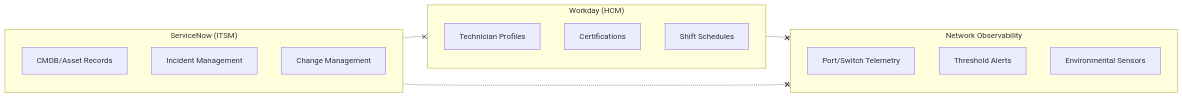
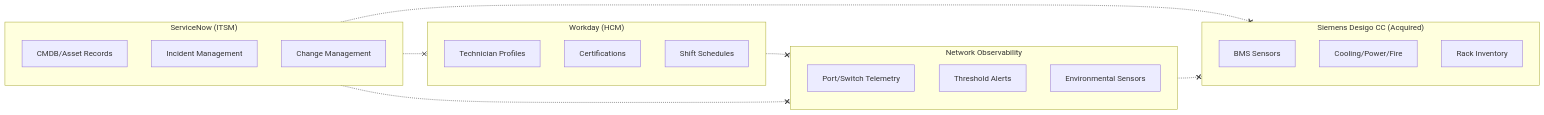
One commit to sfc-gh-smitchener-1/snowflake-dca-fullstack-demo changed the diagram in industry-demos/dcim/DISCOVERY.md. Above: the diagram before and after it, drawn with Mermaid. The commit also changed other lines of this file and 14 other files, not shown here.

````diff
--- a/industry-demos/dcim/DISCOVERY.md
+++ b/industry-demos/dcim/DISCOVERY.md
@@ -11,24 +11,32 @@
 ```mermaid
 flowchart LR
     subgraph Silo1["ServiceNow (ITSM)"]
         CMDB[CMDB/Asset Records]
         INC[Incident Management]
         CHG[Change Management]
     end
 
     subgraph Silo2["Workday (HCM)"]
         TECH[Technician Profiles]
         CERT[Certifications]
         SHIFT[Shift Schedules]
     end
 
     subgraph Silo3["Network Observability"]
         TELEM[Port/Switch Telemetry]
         ALERT[Threshold Alerts]
         ENV[Environmental Sensors]
     end
 
+    subgraph Silo4["Siemens Desigo CC (Acquired)"]
+        BMS[BMS Sensors]
+        COOL[Cooling/Power/Fire]
+        SM_RACK[Rack Inventory]
+    end
+
     Silo1 -.-x Silo2
     Silo2 -.-x Silo3
     Silo1 -.-x Silo3
+    Silo1 -.-x Silo4
+    Silo3 -.-x Silo4
 ```
````
